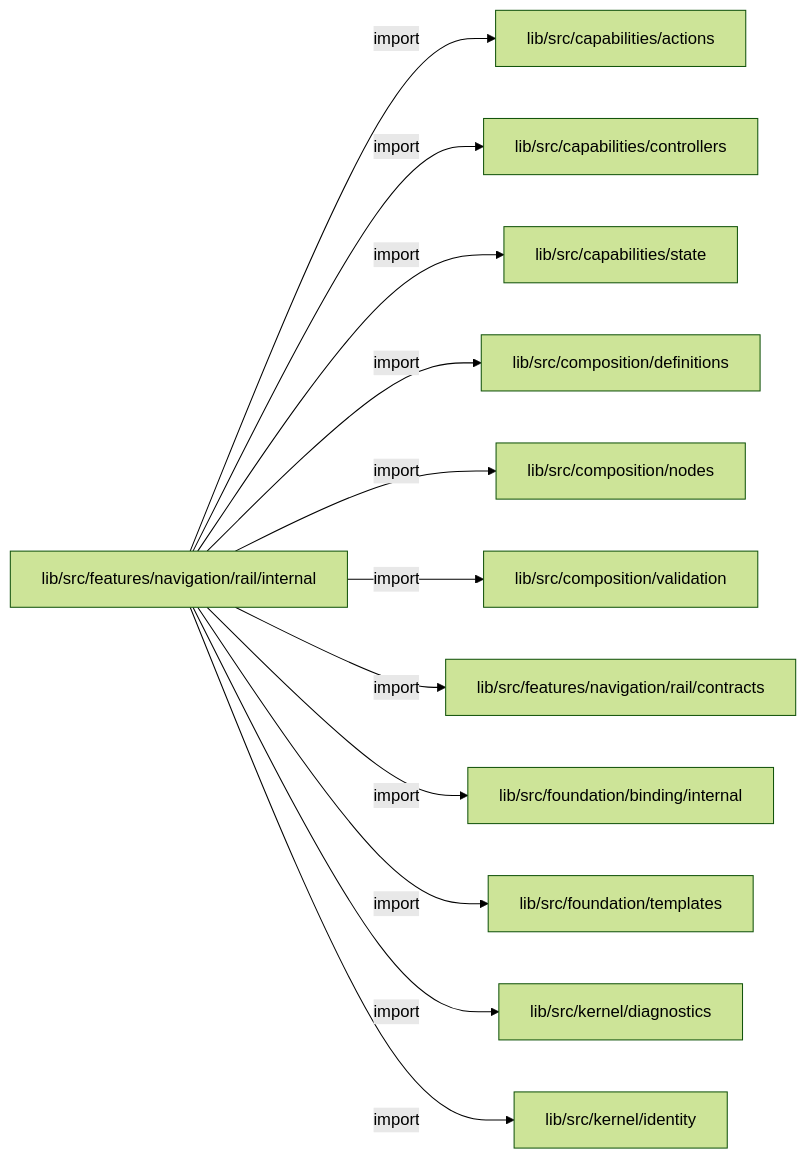
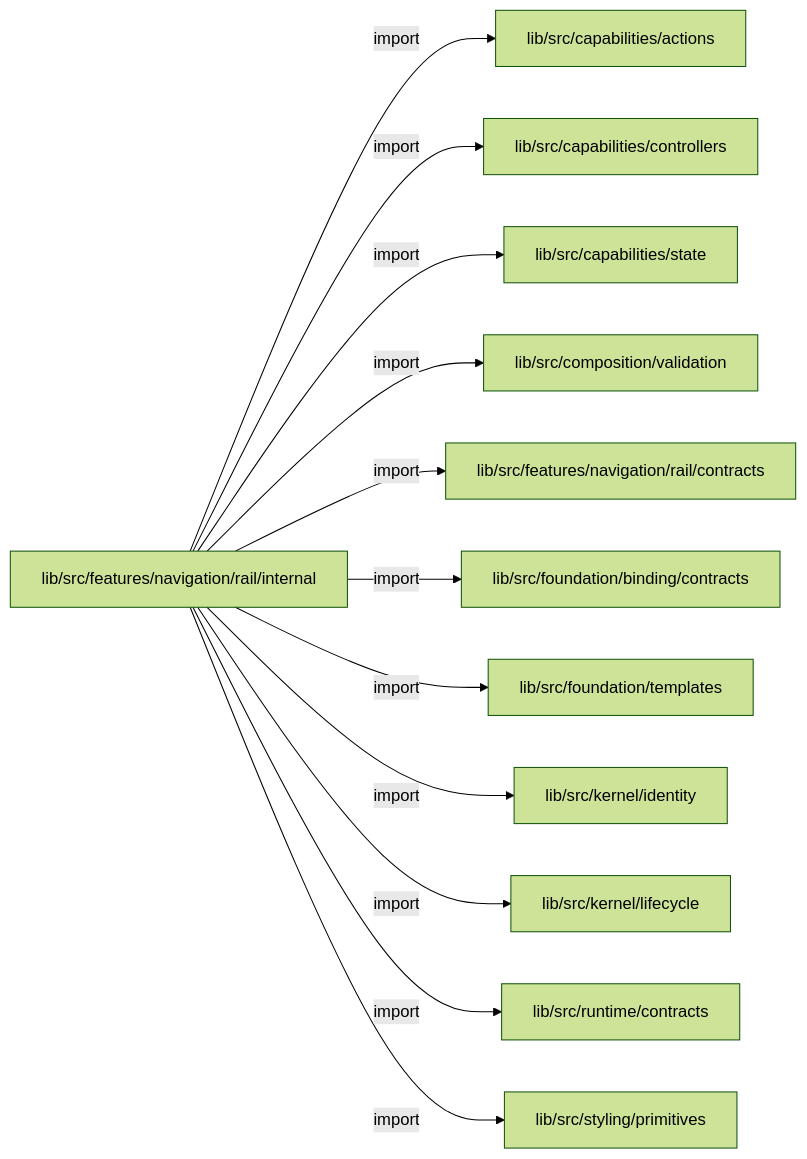
The first of 3 diagrams in docs/architecture/src/features/navigation/rail/internal/README.md (MiuDog/Kallopis), drawn with Mermaid (forest theme) before and after one commit. The commit also changed other lines of this file and 9688 other files, not shown here.

Commit message:
Prepare isolated Flow F2 peer baseline

````diff
--- a/docs/architecture/src/features/navigation/rail/internal/README.md
+++ b/docs/architecture/src/features/navigation/rail/internal/README.md
@@ -13,26 +13,26 @@
 ```mermaid
 flowchart LR
 	n0["lib/src/features/navigation/rail/internal"]
 	n1["lib/src/capabilities/actions"]
 	n2["lib/src/capabilities/controllers"]
 	n3["lib/src/capabilities/state"]
-	n4["lib/src/composition/definitions"]
-	n5["lib/src/composition/nodes"]
-	n6["lib/src/composition/validation"]
-	n7["lib/src/features/navigation/rail/contracts"]
-	n8["lib/src/foundation/binding/internal"]
-	n9["lib/src/foundation/templates"]
-	n10["lib/src/kernel/diagnostics"]
-	n11["lib/src/kernel/identity"]
+	n4["lib/src/composition/validation"]
+	n5["lib/src/features/navigation/rail/contracts"]
+	n6["lib/src/foundation/binding/contracts"]
+	n7["lib/src/foundation/templates"]
+	n8["lib/src/kernel/identity"]
+	n9["lib/src/kernel/lifecycle"]
+	n10["lib/src/runtime/contracts"]
+	n11["lib/src/styling/primitives"]
 	n0 -->|"import"| n1
 	n0 -->|"import"| n2
 	n0 -->|"import"| n3
 	n0 -->|"import"| n4
 	n0 -->|"import"| n5
 	n0 -->|"import"| n6
 	n0 -->|"import"| n7
 	n0 -->|"import"| n8
 	n0 -->|"import"| n9
 	n0 -->|"import"| n10
 	n0 -->|"import"| n11
 ```
````
